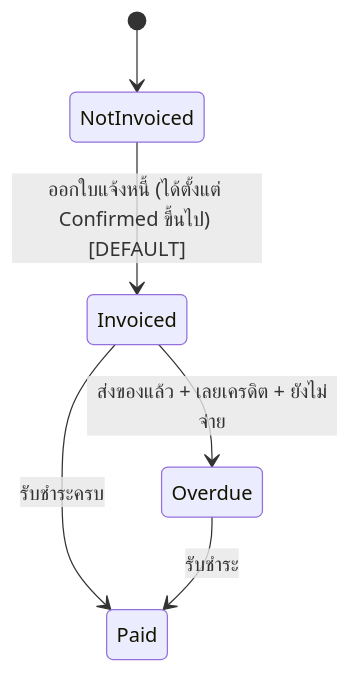
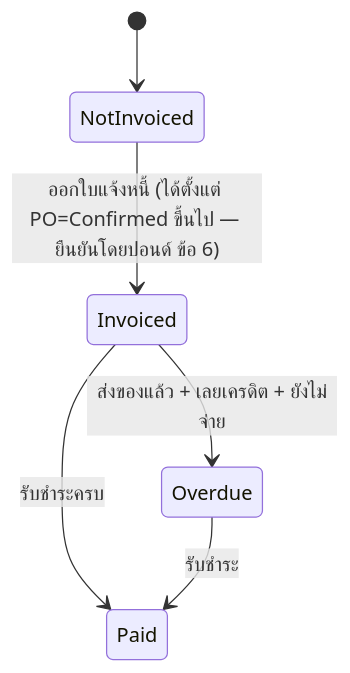
Before and after one commit to sitthi-phat/erp-cosmetics-manufacturing-module: the third of 7 diagrams in docs/requirements/erp-v2-ui-first/status-journeys.md, drawn with Mermaid. The commit also changed other lines of this file and 28 other files, not shown here.

````diff
--- a/docs/requirements/erp-v2-ui-first/status-journeys.md
+++ b/docs/requirements/erp-v2-ui-first/status-journeys.md
@@ -76,8 +77,8 @@
 ```mermaid
 stateDiagram-v2
     [*] --> NotInvoiced
-    NotInvoiced --> Invoiced: ออกใบแจ้งหนี้ (ได้ตั้งแต่ Confirmed ขึ้นไป) [DEFAULT]
+    NotInvoiced --> Invoiced: ออกใบแจ้งหนี้ (ได้ตั้งแต่ PO=Confirmed ขึ้นไป — ยืนยันโดยปอนด์ ข้อ 6)
     Invoiced --> Paid: รับชำระครบ
     Invoiced --> Overdue: ส่งของแล้ว + เลยเครดิต + ยังไม่จ่าย
     Overdue --> Paid: รับชำระ
 ```
````
